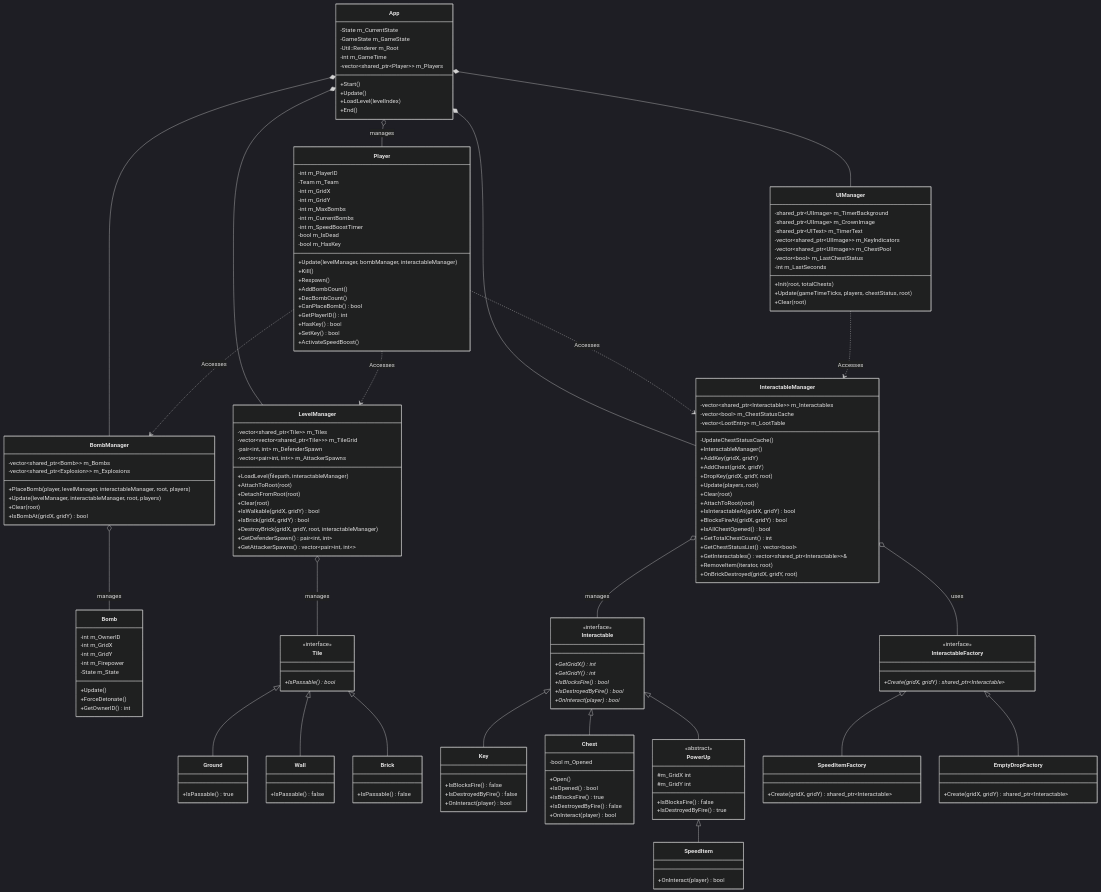
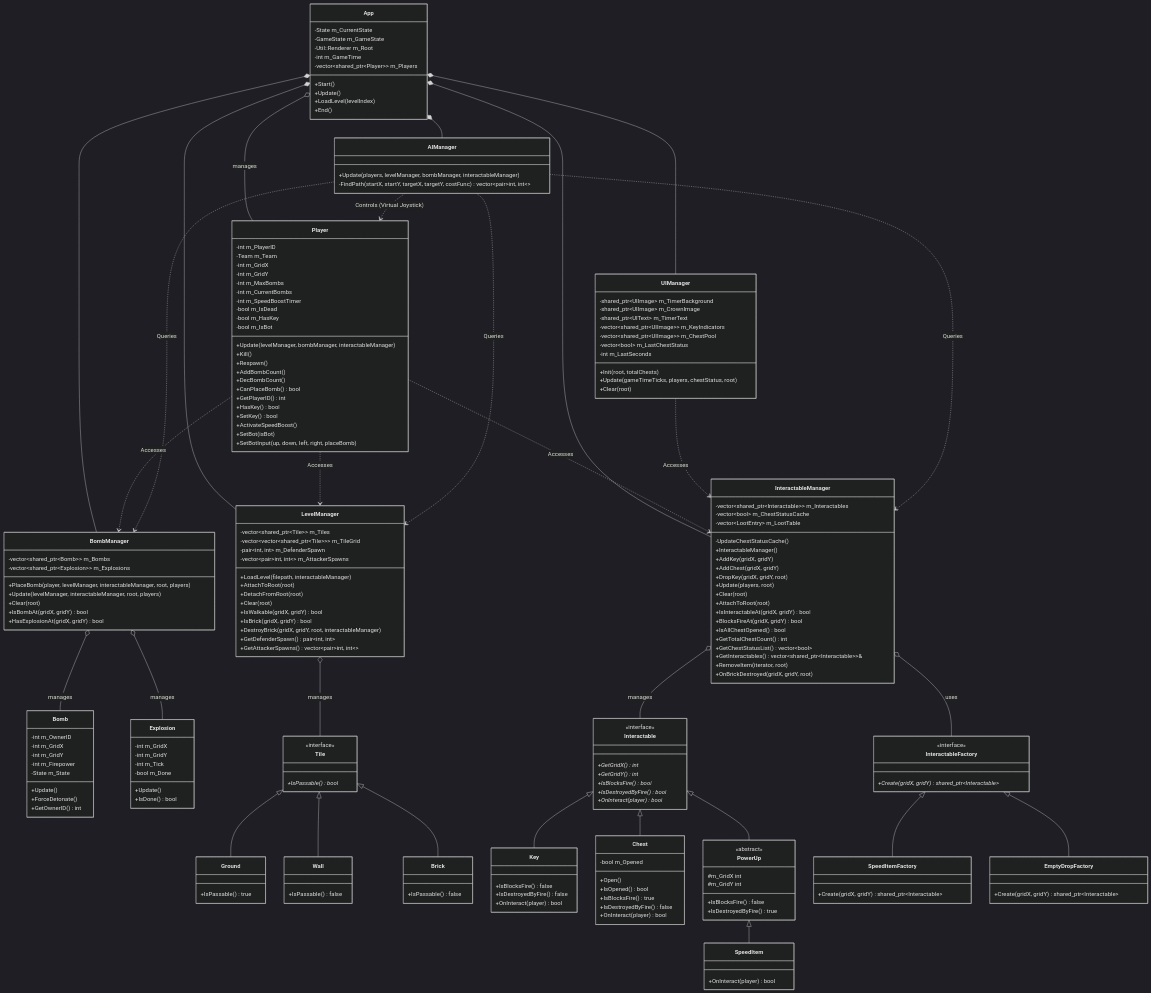
One commit to chingyen06/OOPL-Super-Bomberman changed the second of 2 diagrams in Proposal.md. Above: the diagram before and after it, drawn with Mermaid (dark theme). The commit also changed other lines of this file, not shown here.

Commit message:
docs: 根據內容更新 proposal.md

```diff
--- a/Proposal.md
+++ b/Proposal.md
@@ -186,6 +189,7 @@
     App *-- BombManager
     App *-- InteractableManager
     App *-- UIManager
+    App *-- AIManager
     App o-- Player : manages
 
     Player ..> BombManager : Accesses
@@ -193,8 +197,14 @@
     Player ..> InteractableManager : Accesses
 
     UIManager ..> InteractableManager : Accesses
+
+    AIManager ..> Player : Controls (Virtual Joystick)
+    AIManager ..> LevelManager : Queries
+    AIManager ..> BombManager : Queries
+    AIManager ..> InteractableManager : Queries
     
     BombManager o-- Bomb : manages
+    BombManager o-- Explosion : manages
     LevelManager o-- Tile : manages
     InteractableManager o-- Interactable : manages
 
@@ -209,6 +219,11 @@
         +Update()
         +LoadLevel(levelIndex)
         +End()
+    }
+
+    class AIManager {
+        +Update(players, levelManager, bombManager, interactableManager)
+        -FindPath(startX, startY, targetX, targetY, costFunc) vector~pair~int, int~~
     }
 
     class LevelManager {
@@ -234,6 +249,7 @@
         +Update(levelManager, interactableManager, root, players)
         +Clear(root)
         +IsBombAt(gridX, gridY) bool
+        +HasExplosionAt(gridX, gridY) bool
     }
 
     class InteractableManager {
@@ -282,6 +298,7 @@
         -int m_SpeedBoostTimer
         -bool m_IsDead
         -bool m_HasKey
+        -bool m_IsBot
         +Update(levelManager, bombManager, interactableManager)
         +Kill()
         +Respawn()
@@ -292,6 +309,8 @@
         +HasKey() bool
         +SetKey() bool
         +ActivateSpeedBoost()
+        +SetBot(isBot)
+        +SetBotInput(up, down, left, right, placeBomb)
     }
 
     class Bomb {
@@ -303,6 +322,15 @@
         +Update()
         +ForceDetonate()
         +GetOwnerID() int
+    }
+    
+    class Explosion {
+        -int m_GridX
+        -int m_GridY
+        -int m_Tick
+        -bool m_Done
+        +Update()
+        +IsDone() bool
     }
 
     %% --- 多型繼承樹與工廠模式 ---
```
